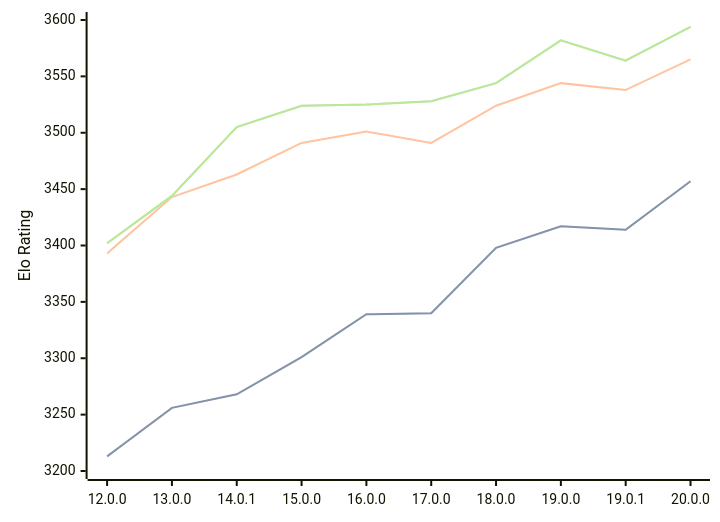
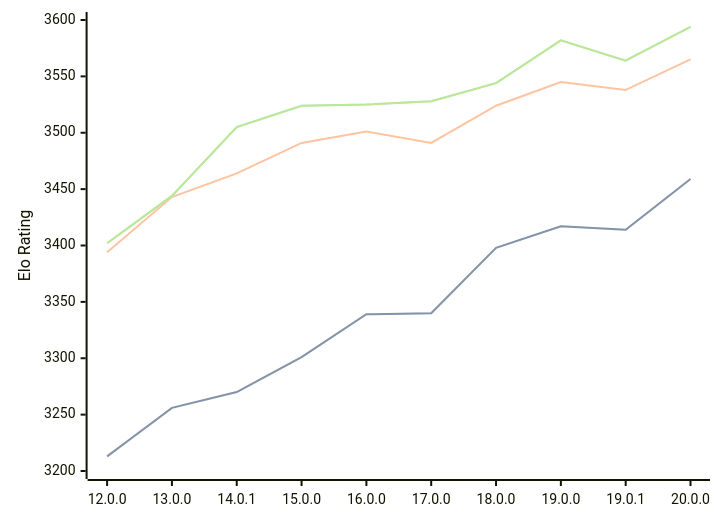
Before and after one commit to computer-chess-index/cci: the diagram in engines/Viridithas.md, drawn with Mermaid. The commit also changed other lines of this file, not shown here.

````diff
--- a/engines/Viridithas.md
+++ b/engines/Viridithas.md
@@ -40,11 +40,11 @@
 ```mermaid
 %%{init: {"theme":"base","themeVariables":{"seriesColors:['#a3a3a3','#222221','#faa371']}}}%%
 xychart-beta
   x-axis ["12.0.0", "13.0.0", "14.0.1", "15.0.0", "16.0.0", "17.0.0", "18.0.0", "19.0.0", "19.0.1", "20.0.0"]
   y-axis "Elo Rating" 3200 --> 3600
-  line "" [3213, 3256, 3268, 3301, 3339, 3340, 3398, 3417, 3414, 3457]
-  line "STC (8.0+0.08s)" [3213, 3256, 3268, 3301, 3339, 3340, 3398, 3417, 3414, 3457]
-  line "LTC (60.0+0.60s)" [3393, 3443, 3463, 3491, 3501, 3491, 3524, 3544, 3538, 3565]
+  line "" [3213, 3256, 3270, 3301, 3339, 3340, 3398, 3417, 3414, 3459]
+  line "STC (8.0+0.08s)" [3213, 3256, 3270, 3301, 3339, 3340, 3398, 3417, 3414, 3459]
+  line "LTC (60.0+0.60s)" [3394, 3443, 3464, 3491, 3501, 3491, 3524, 3545, 3538, 3565]
   line "" [3402, 3444, 3505, 3524, 3525, 3528, 3544, 3582, 3564, 3594]
   line "VLTC (2m24s+1.12s)" [3402, 3444, 3505, 3524, 3525, 3528, 3544, 3582, 3564, 3594]
 ```
````
